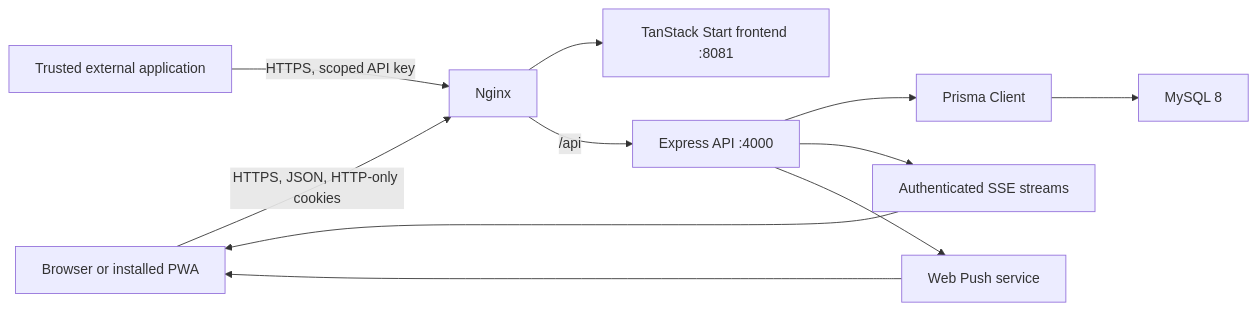
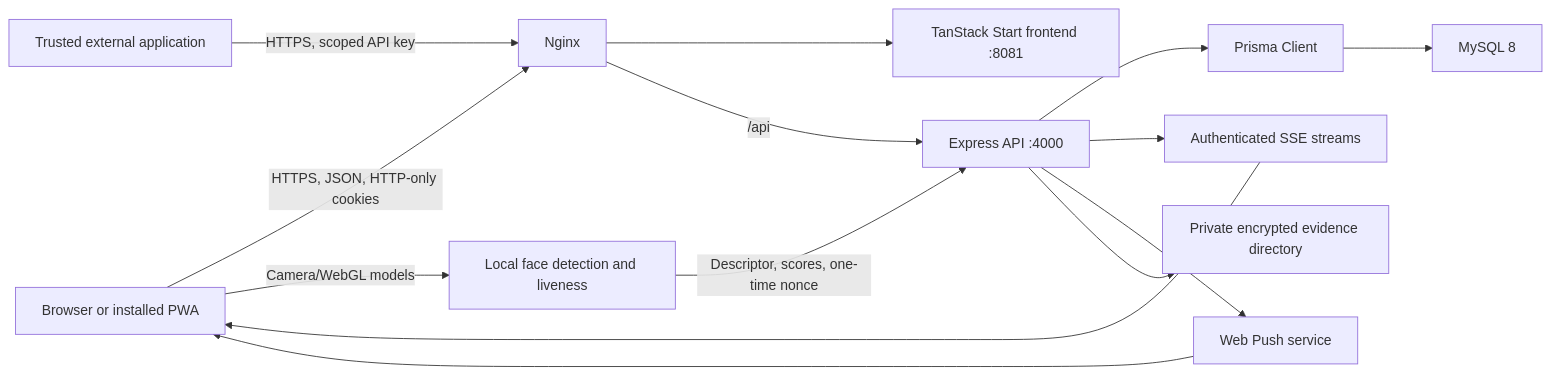
The first of 2 diagrams in docs/TECHNICAL_OVERVIEW.md (Sameerreddy-ATD/Atd-Hrms), drawn with Mermaid before and after one commit. The commit also changed other lines of this file and 45 other files, not shown here.

````diff
--- a/docs/TECHNICAL_OVERVIEW.md
+++ b/docs/TECHNICAL_OVERVIEW.md
@@ -5,13 +5,16 @@
 ```mermaid
 flowchart LR
   Client["Browser or installed PWA"] -->|"HTTPS, JSON, HTTP-only cookies"| Nginx["Nginx"]
   Integration["Trusted external application"] -->|"HTTPS, scoped API key"| Nginx
   Nginx --> Frontend["TanStack Start frontend :8081"]
   Nginx -->|"/api"| Backend["Express API :4000"]
   Backend --> Prisma["Prisma Client"]
   Prisma --> MySQL["MySQL 8"]
   Backend --> Live["Authenticated SSE streams"]
   Backend --> Push["Web Push service"]
+  Client -->|"Camera/WebGL models"| Face["Local face detection and liveness"]
+  Face -->|"Descriptor, scores, one-time nonce"| Backend
+  Backend --> Evidence["Private encrypted evidence directory"]
   Live --> Client
   Push --> Client
 ```
````
